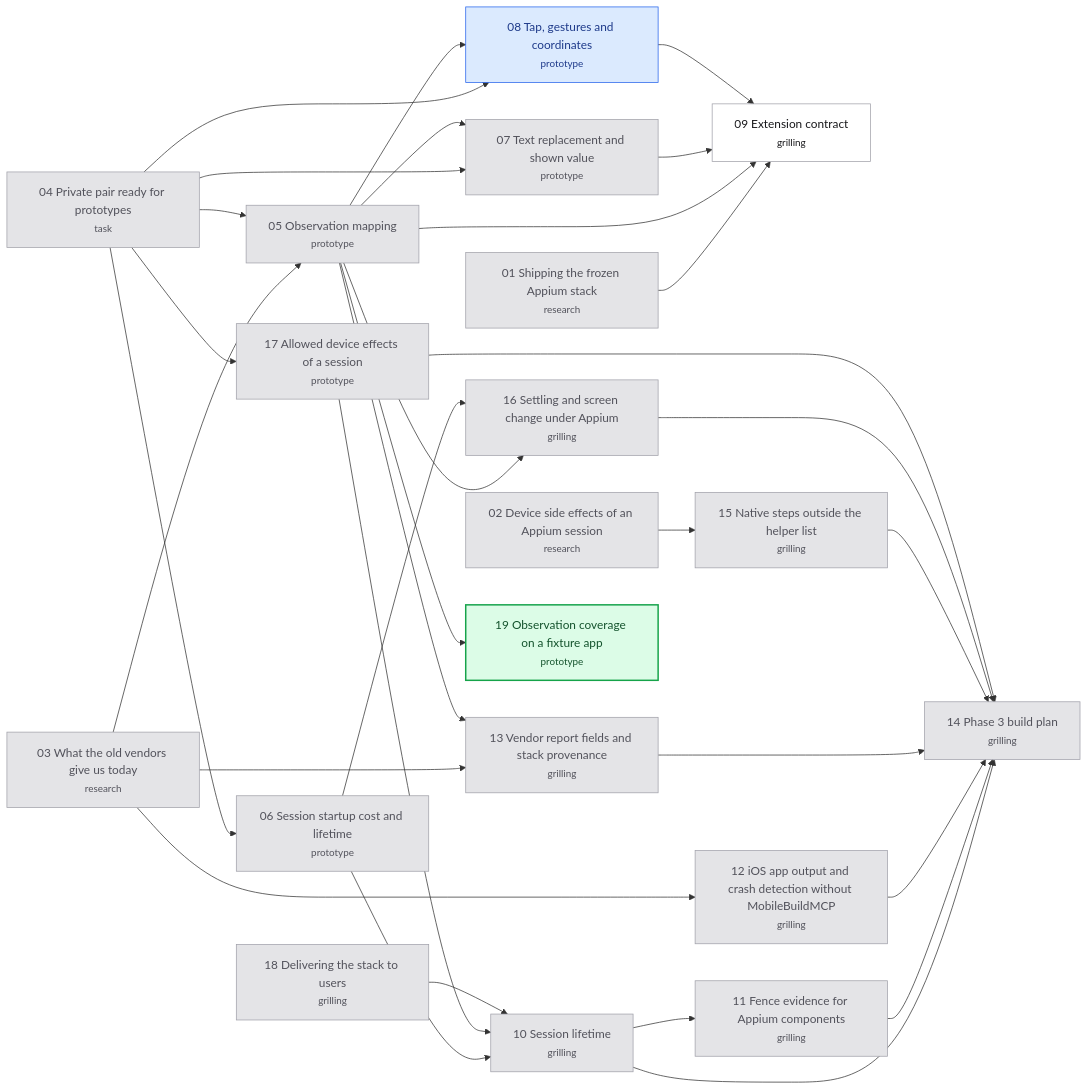
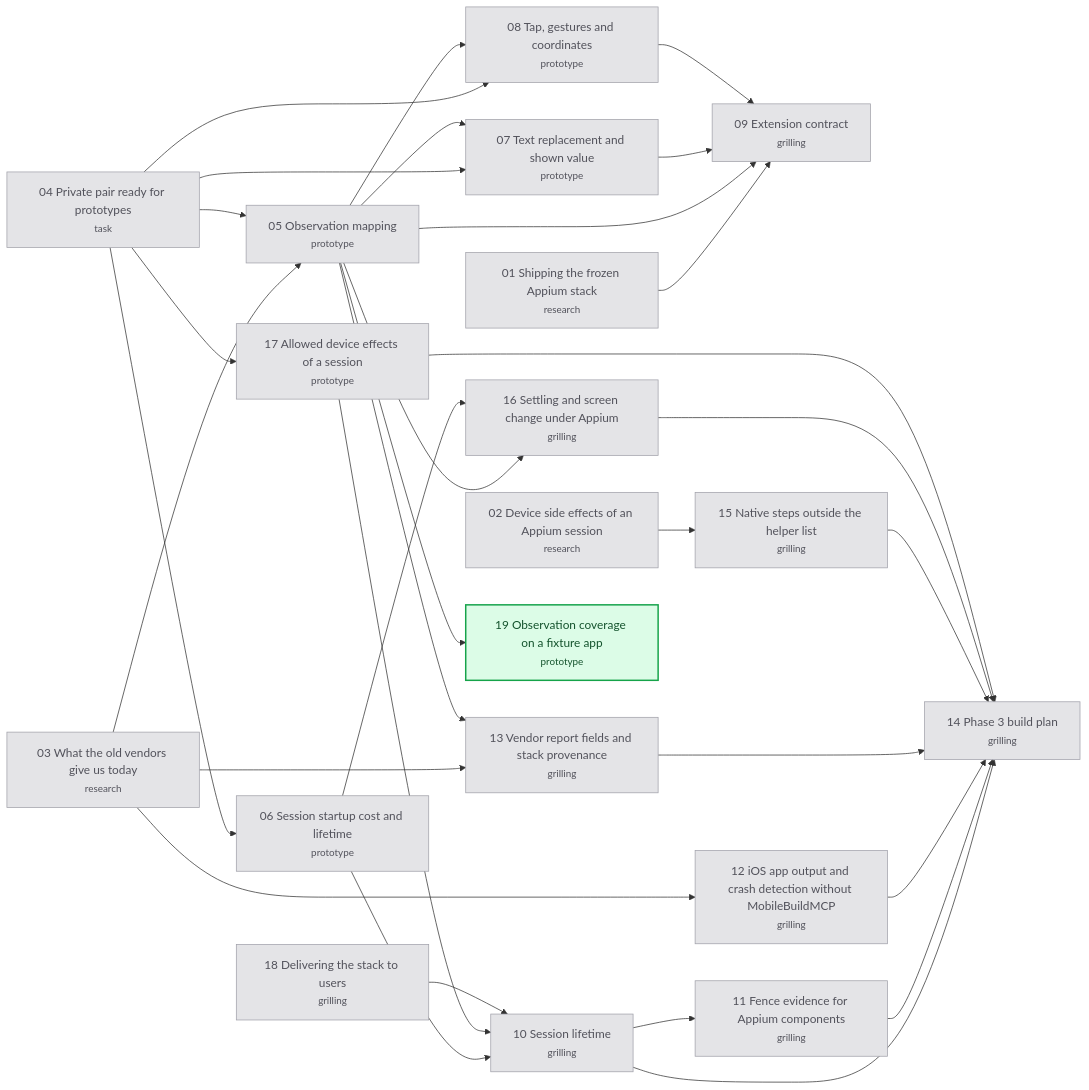
The diagram in .scratch/appium-phase3/map.md (hugues-vnsgn/jev-ios-bridge), drawn with Mermaid before and after one commit. The commit also changed other lines of this file and 3 other files, not shown here.

````diff
--- a/.scratch/appium-phase3/map.md
+++ b/.scratch/appium-phase3/map.md
@@ -88,60 +90,58 @@
 ```mermaid
 flowchart LR
     T01["01 Shipping the frozen Appium stack<br/><small>research</small>"]
     T02["02 Device side effects of an Appium session<br/><small>research</small>"]
     T03["03 What the old vendors give us today<br/><small>research</small>"]
     T04["04 Private pair ready for prototypes<br/><small>task</small>"]
     T05["05 Observation mapping<br/><small>prototype</small>"]
     T06["06 Session startup cost and lifetime<br/><small>prototype</small>"]
     T07["07 Text replacement and shown value<br/><small>prototype</small>"]
     T08["08 Tap, gestures and coordinates<br/><small>prototype</small>"]
     T09["09 Extension contract<br/><small>grilling</small>"]
     T10["10 Session lifetime<br/><small>grilling</small>"]
     T11["11 Fence evidence for Appium components<br/><small>grilling</small>"]
     T12["12 iOS app output and crash detection without MobileBuildMCP<br/><small>grilling</small>"]
     T13["13 Vendor report fields and stack provenance<br/><small>grilling</small>"]
     T14["14 Phase 3 build plan<br/><small>grilling</small>"]
     T15["15 Native steps outside the helper list<br/><small>grilling</small>"]
     T16["16 Settling and screen change under Appium<br/><small>grilling</small>"]
     T17["17 Allowed device effects of a session<br/><small>prototype</small>"]
     T18["18 Delivering the stack to users<br/><small>grilling</small>"]
     T19["19 Observation coverage on a fixture app<br/><small>prototype</small>"]
     T03 --> T05
     T04 --> T05
     T04 --> T06
     T04 --> T07
     T05 --> T07
     T04 --> T08
     T05 --> T08
     T01 --> T09
     T05 --> T09
     T07 --> T09
     T08 --> T09
     T06 --> T10
     T17 --> T10
     T18 --> T10
     T10 --> T11
     T03 --> T12
     T03 --> T13
     T05 --> T13
     T10 --> T14
     T11 --> T14
     T12 --> T14
     T13 --> T14
     T15 --> T14
     T16 --> T14
     T17 --> T14
     T02 --> T15
     T05 --> T16
     T06 --> T16
     T04 --> T17
     T05 --> T19
     classDef resolved fill:#e4e4e7,stroke:#a1a1aa,color:#52525b
     classDef claimed fill:#dbeafe,stroke:#2563eb,color:#1e3a8a
     classDef frontier fill:#dcfce7,stroke:#16a34a,color:#14532d,stroke-width:2px
     classDef blocked fill:#ffffff,stroke:#a1a1aa,color:#18181b
-    class T01,T02,T03,T04,T05,T06,T07,T10,T11,T12,T13,T14,T15,T16,T17,T18 resolved
-    class T08 claimed
+    class T01,T02,T03,T04,T05,T06,T07,T08,T09,T10,T11,T12,T13,T14,T15,T16,T17,T18 resolved
     class T19 frontier
-    class T09 blocked
 ```
````
